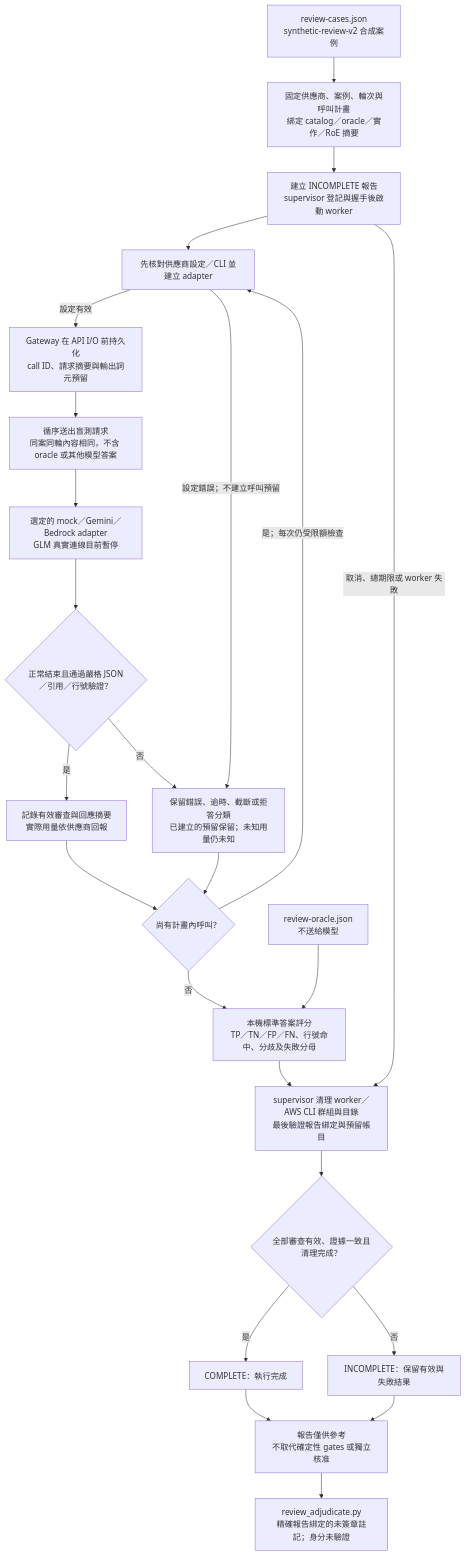
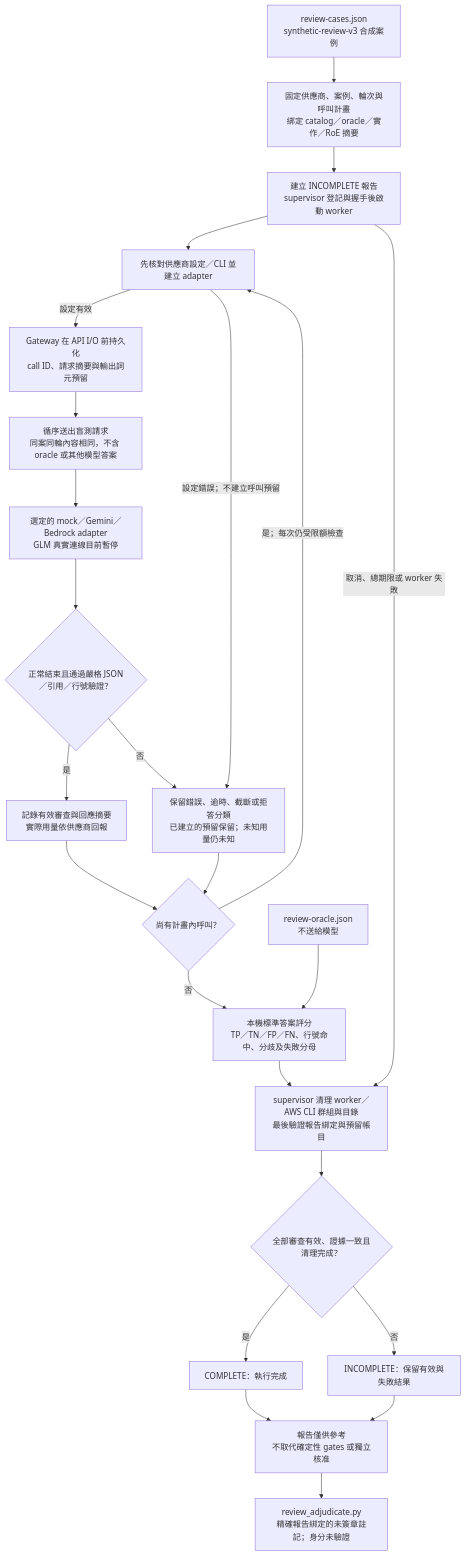
The diagram in docs/diagrams/model-review-flow.mmd (chinchiang/MultiAgentEpsilon), drawn with Mermaid before and after one commit. The commit also changed 40 other files, not shown here.

```diff
--- a/docs/diagrams/model-review-flow.mmd
+++ b/docs/diagrams/model-review-flow.mmd
@@ -1,24 +1,24 @@
 flowchart TB
-    Cases["review-cases.json<br/>synthetic-review-v2 合成案例"] --> Plan["固定供應商、案例、輪次與呼叫計畫<br/>綁定 catalog／oracle／實作／RoE 摘要"]
+    Cases["review-cases.json<br/>synthetic-review-v3 合成案例"] --> Plan["固定供應商、案例、輪次與呼叫計畫<br/>綁定 catalog／oracle／實作／RoE 摘要"]
     Plan --> Initial["建立 INCOMPLETE 報告<br/>supervisor 登記與握手後啟動 worker"]
     Initial --> Configure["先核對供應商設定／CLI 並建立 adapter"]
     Configure -->|"設定有效"| Reserve["Gateway 在 API I/O 前持久化<br/>call ID、請求摘要與輸出詞元預留"]
     Reserve --> Request["循序送出盲測請求<br/>同案同輪內容相同，不含 oracle 或其他模型答案"]
     Request --> Provider["選定的 mock／Gemini／Bedrock adapter<br/>GLM 真實連線目前暫停"]
     Provider --> Valid{"正常結束且通過嚴格 JSON／引用／行號驗證？"}
     Valid -->|"是"| Success["記錄有效審查與回應摘要<br/>實際用量依供應商回報"]
     Valid -->|"否"| Failure["保留錯誤、逾時、截斷或拒答分類<br/>已建立的預留保留；未知用量仍未知"]
     Configure -->|"設定錯誤；不建立呼叫預留"| Failure
     Success --> Next{"尚有計畫內呼叫？"}
     Failure --> Next
     Next -->|"是；每次仍受限額檢查"| Configure
     Next -->|"否"| Score["本機標準答案評分<br/>TP／TN／FP／FN、行號命中、分歧及失敗分母"]
     Oracle["review-oracle.json<br/>不送給模型"] --> Score
     Score --> Cleanup["supervisor 清理 worker／AWS CLI 群組與目錄<br/>最後驗證報告綁定與預留帳目"]
     Initial -->|"取消、總期限或 worker 失敗"| Cleanup
     Cleanup --> Status{"全部審查有效、證據一致且清理完成？"}
     Status -->|"是"| Complete["COMPLETE：執行完成"]
     Status -->|"否"| Incomplete["INCOMPLETE：保留有效與失敗結果"]
     Complete --> Advisory["報告僅供參考<br/>不取代確定性 gates 或獨立核准"]
     Incomplete --> Advisory
     Advisory --> Notes["review_adjudicate.py<br/>精確報告綁定的未簽章註記；身分未驗證"]
```
